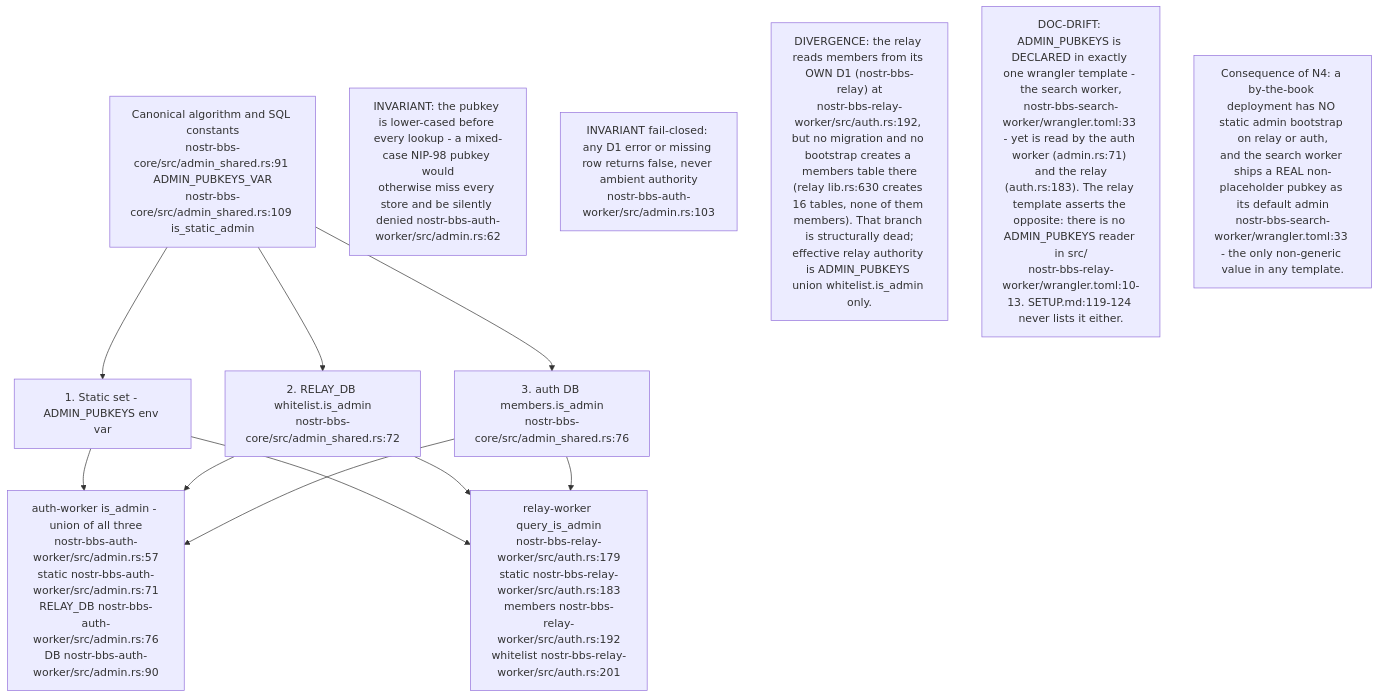
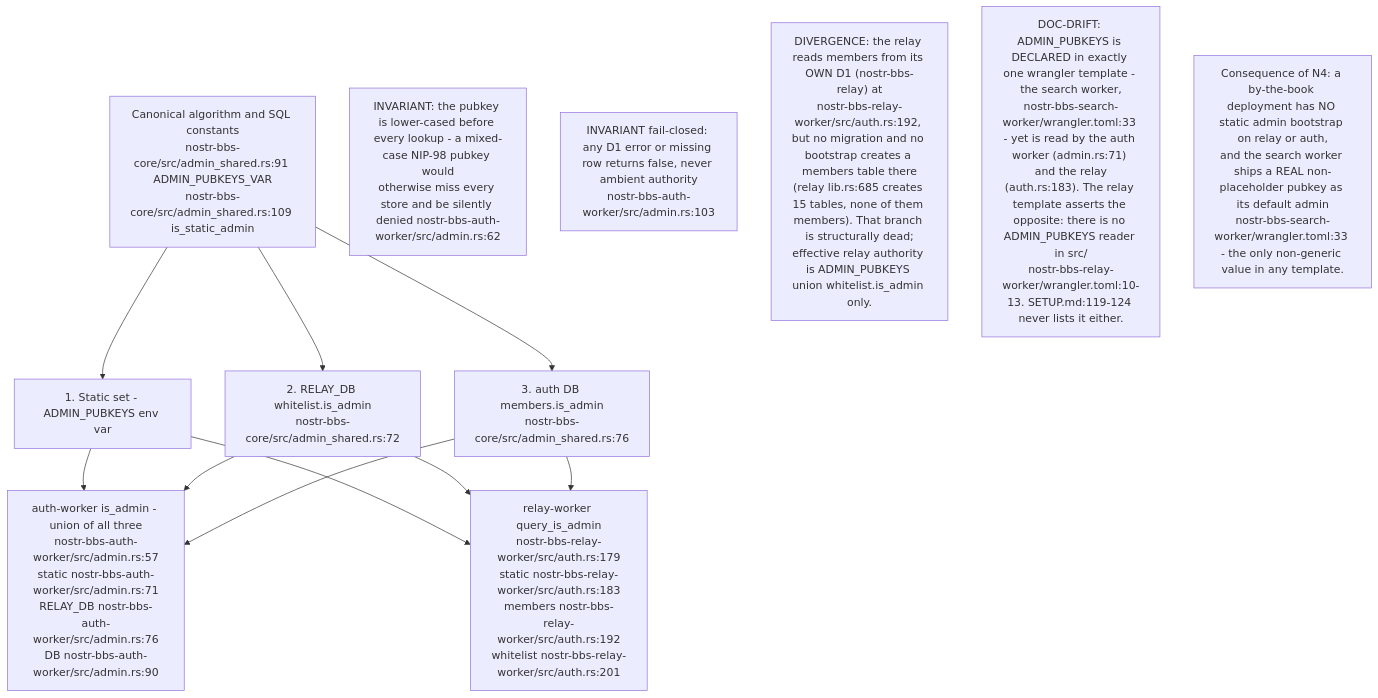
Before and after one commit to DreamLab-AI/VisionFlow: the seventh of 9 diagrams in docs/diagrams/nostr-rust-forum/08-config-zones-stores-and-admin-authority.md, drawn with Mermaid. The commit also changed other lines of this file and 136 other files, not shown here.

First line of the commit message:
docs(diagrams): refresh the whole corpus to code HEAD and prune low-value diagrams

````diff
--- a/docs/diagrams/nostr-rust-forum/08-config-zones-stores-and-admin-authority.md
+++ b/docs/diagrams/nostr-rust-forum/08-config-zones-stores-and-admin-authority.md
@@ -197,19 +206,19 @@
 ```mermaid
 flowchart TB
     CANON["Canonical algorithm and SQL constants<br/>nostr-bbs-core/src/admin_shared.rs:91 ADMIN_PUBKEYS_VAR<br/>nostr-bbs-core/src/admin_shared.rs:109 is_static_admin"]
     S1["1. Static set - ADMIN_PUBKEYS env var"]
     S2["2. RELAY_DB whitelist.is_admin<br/>nostr-bbs-core/src/admin_shared.rs:72"]
     S3["3. auth DB members.is_admin<br/>nostr-bbs-core/src/admin_shared.rs:76"]
     AUTHIS["auth-worker is_admin - union of all three<br/>nostr-bbs-auth-worker/src/admin.rs:57<br/>static nostr-bbs-auth-worker/src/admin.rs:71<br/>RELAY_DB nostr-bbs-auth-worker/src/admin.rs:76<br/>DB nostr-bbs-auth-worker/src/admin.rs:90"]
     RELIS["relay-worker query_is_admin<br/>nostr-bbs-relay-worker/src/auth.rs:179<br/>static nostr-bbs-relay-worker/src/auth.rs:183<br/>members nostr-bbs-relay-worker/src/auth.rs:192<br/>whitelist nostr-bbs-relay-worker/src/auth.rs:201"]
 
     CANON --> S1 & S2 & S3
     S1 & S2 & S3 --> AUTHIS
     S1 & S2 & S3 --> RELIS
 
     N1["INVARIANT: the pubkey is lower-cased before every lookup - a mixed-case NIP-98 pubkey would<br/>otherwise miss every store and be silently denied nostr-bbs-auth-worker/src/admin.rs:62"]
     N2["INVARIANT fail-closed: any D1 error or missing row returns false, never ambient authority<br/>nostr-bbs-auth-worker/src/admin.rs:103"]
-    N3["DIVERGENCE: the relay reads members from its OWN D1 (nostr-bbs-relay) at<br/>nostr-bbs-relay-worker/src/auth.rs:192, but no migration and no bootstrap creates a members table there<br/>(relay lib.rs:630 creates 16 tables, none of them members). That branch is structurally dead;<br/>effective relay authority is ADMIN_PUBKEYS union whitelist.is_admin only."]
+    N3["DIVERGENCE: the relay reads members from its OWN D1 (nostr-bbs-relay) at<br/>nostr-bbs-relay-worker/src/auth.rs:192, but no migration and no bootstrap creates a members table there<br/>(relay lib.rs:685 creates 15 tables, none of them members). That branch is structurally dead;<br/>effective relay authority is ADMIN_PUBKEYS union whitelist.is_admin only."]
     N4["DOC-DRIFT: ADMIN_PUBKEYS is DECLARED in exactly one wrangler template - the search worker,<br/>nostr-bbs-search-worker/wrangler.toml:33 - yet is read by the auth worker (admin.rs:71) and the relay<br/>(auth.rs:183). The relay template asserts the opposite: there is no ADMIN_PUBKEYS reader in src/<br/>nostr-bbs-relay-worker/wrangler.toml:10-13. SETUP.md:119-124 never lists it either."]
     N5["Consequence of N4: a by-the-book deployment has NO static admin bootstrap on relay or auth,<br/>and the search worker ships a REAL non-placeholder pubkey as its default admin<br/>nostr-bbs-search-worker/wrangler.toml:33 - the only non-generic value in any template."]
 ```
````
